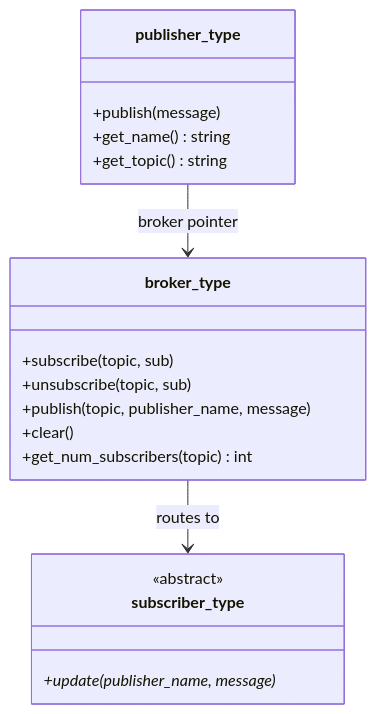
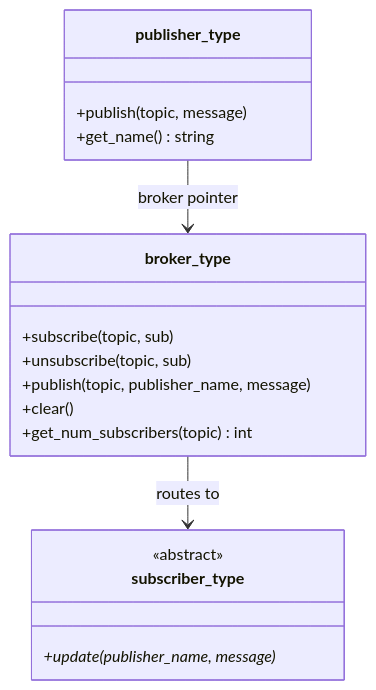
One commit to kiz0329/fortran-publisher-subscriber changed the diagram in README.md. Above: the diagram before and after it, drawn with Mermaid. The commit also changed other lines of this file and 4 other files, not shown here.

Commit message:
feat: update publisher to use topic parameter in publish method and adjust related examples

````diff
--- a/README.md
+++ b/README.md
@@ -26,22 +26,21 @@
 ```mermaid
 classDiagram
     class broker_type {
         +subscribe(topic, sub)
         +unsubscribe(topic, sub)
         +publish(topic, publisher_name, message)
         +clear()
         +get_num_subscribers(topic) int
     }
     class publisher_type {
-        +publish(message)
+        +publish(topic, message)
         +get_name() string
-        +get_topic() string
     }
     class subscriber_type {
         <<abstract>>
         +update(publisher_name, message)*
     }
 
     publisher_type --> broker_type : broker pointer
     broker_type --> subscriber_type : routes to
 ```
````
